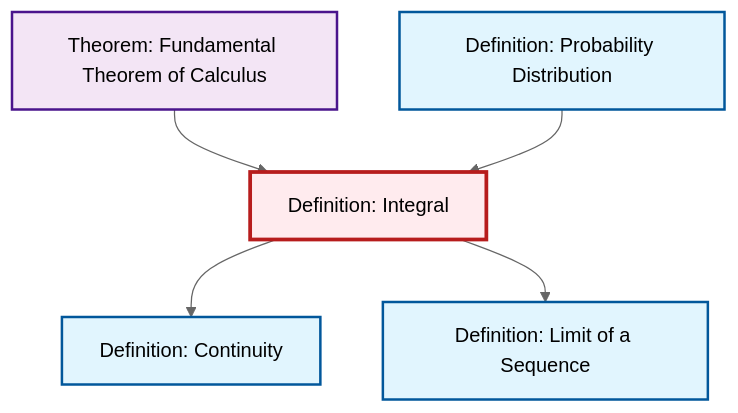
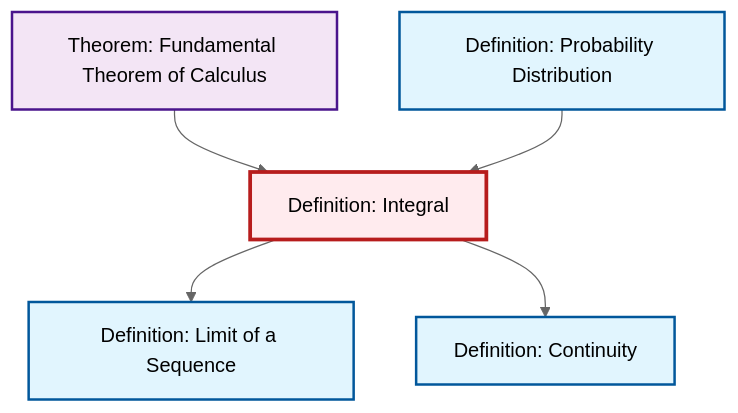
The diagram in content/en/analysis/def-integral.qmd (RK0429/ModernMath), drawn with Mermaid (neutral theme) before and after one commit. The commit also changed other lines of this file and 672 other files, not shown here.

````diff
--- a/content/en/analysis/def-integral.qmd
+++ b/content/en/analysis/def-integral.qmd
@@ -81,23 +81,23 @@
 ```{mermaid}
 %%| fig-cap: "Local dependency graph"
 graph TD
     classDef definition fill:#e1f5fe,stroke:#01579b,stroke-width:2px
     classDef theorem fill:#f3e5f5,stroke:#4a148c,stroke-width:2px
     classDef axiom fill:#fff3e0,stroke:#e65100,stroke-width:2px
     classDef example fill:#e8f5e9,stroke:#1b5e20,stroke-width:2px
     classDef current fill:#ffebee,stroke:#b71c1c,stroke-width:3px
     def-limit["Definition: Limit of a Sequence"]:::definition
+    thm-fundamental-calculus["Theorem: Fundamental Theorem of Calculus"]:::theorem
     def-probability-distribution["Definition: Probability Distribution"]:::definition
     def-continuity["Definition: Continuity"]:::definition
     def-integral["Definition: Integral"]:::definition
-    thm-fundamental-calculus["Theorem: Fundamental Theorem of Calculus"]:::theorem
     thm-fundamental-calculus --> def-integral
+    def-integral --> def-limit
+    def-integral --> def-continuity
     def-probability-distribution --> def-integral
-    def-integral --> def-continuity
-    def-integral --> def-limit
     class def-integral current
     click def-limit "def-limit.html" "Go to Limit of a Sequence definition"
+    click thm-fundamental-calculus "thm-fundamental-calculus.html" "Go to Fundamental Theorem of Calculus theorem"
     click def-probability-distribution "def-probability-distribution.html" "Go to Probability Distribution definition"
     click def-continuity "def-continuity.html" "Go to Continuity definition"
-    click thm-fundamental-calculus "thm-fundamental-calculus.html" "Go to Fundamental Theorem of Calculus theorem"
 ```
````
